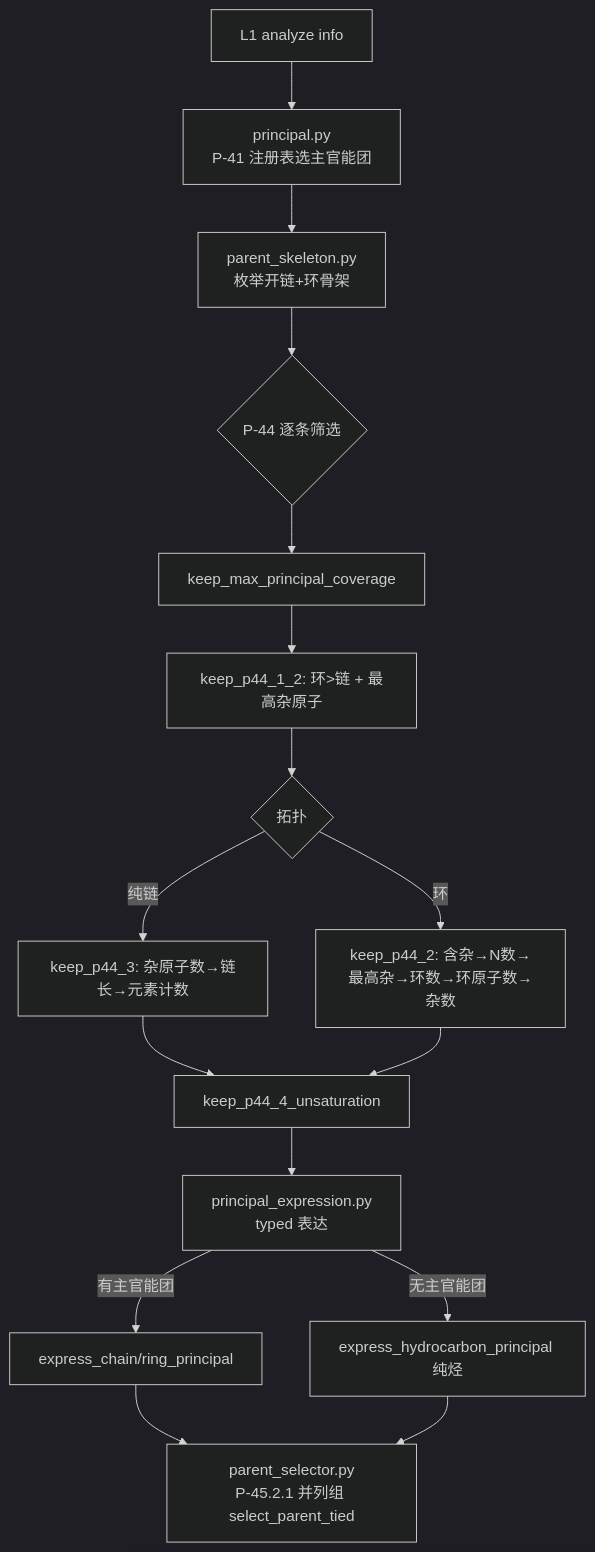
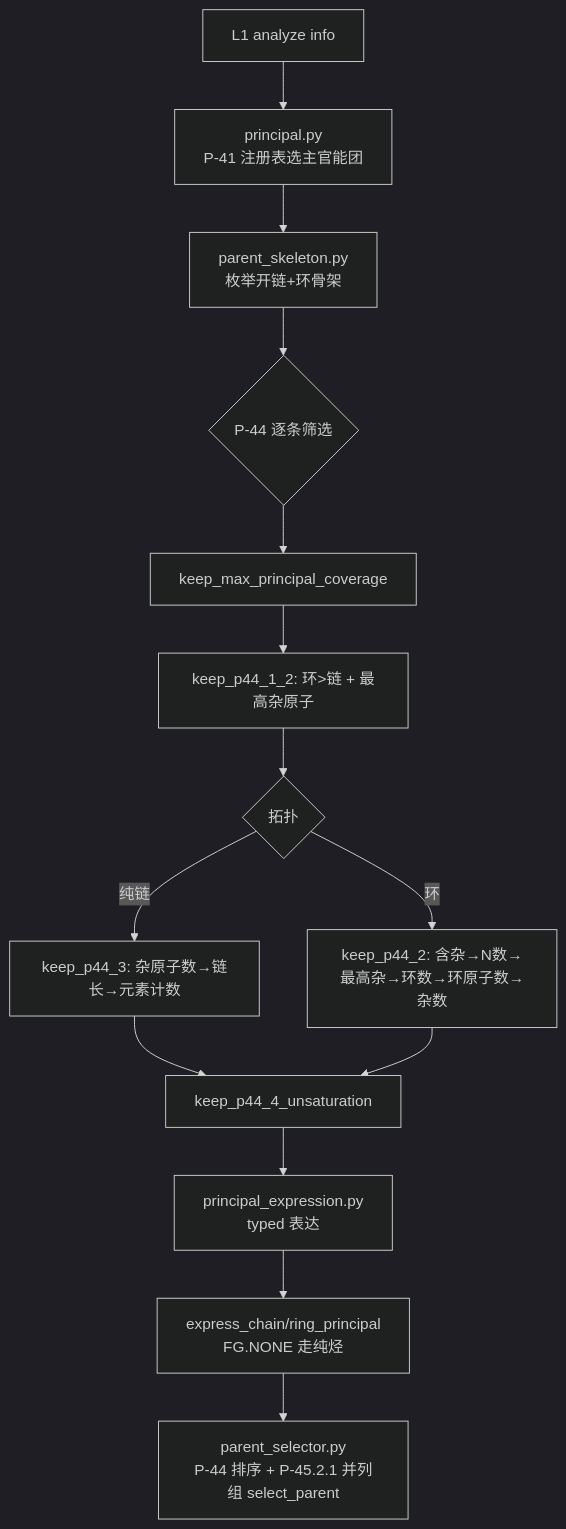
The second of 4 diagrams in docs/wiki/architecture/layer2-parent-selector.md (zouxiaofei1/OpenSMILES), drawn with Mermaid (dark theme) before and after one commit. The commit also changed other lines of this file and 18 other files, not shown here.

````diff
--- a/docs/wiki/architecture/layer2-parent-selector.md
+++ b/docs/wiki/architecture/layer2-parent-selector.md
@@ -53,18 +53,16 @@
 ```mermaid
 flowchart TD
     A[L1 analyze info] --> B[principal.py<br/>P-41 注册表选主官能团]
     B --> C[parent_skeleton.py<br/>枚举开链+环骨架]
     C --> D{P-44 逐条筛选}
     D --> D1[keep_max_principal_coverage]
     D1 --> D2[keep_p44_1_2: 环>链 + 最高杂原子]
     D2 --> D3{拓扑}
     D3 -->|纯链| D4[keep_p44_3: 杂原子数→链长→元素计数]
     D3 -->|环| D5[keep_p44_2: 含杂→N数→最高杂→环数→环原子数→杂数]
     D4 --> D6[keep_p44_4_unsaturation]
     D5 --> D6
     D6 --> E[principal_expression.py<br/>typed 表达]
-    E -->|有主官能团| F[express_chain/ring_principal]
-    E -->|无主官能团| G[express_hydrocarbon_principal 纯烃]
-    F --> H[parent_selector.py<br/>P-45.2.1 并列组 select_parent_tied]
-    G --> H
+    E --> F[express_chain/ring_principal<br/>FG.NONE 走纯烃]
+    F --> G[parent_selector.py<br/>P-44 排序 + P-45.2.1 并列组 select_parent]
 ```
````
